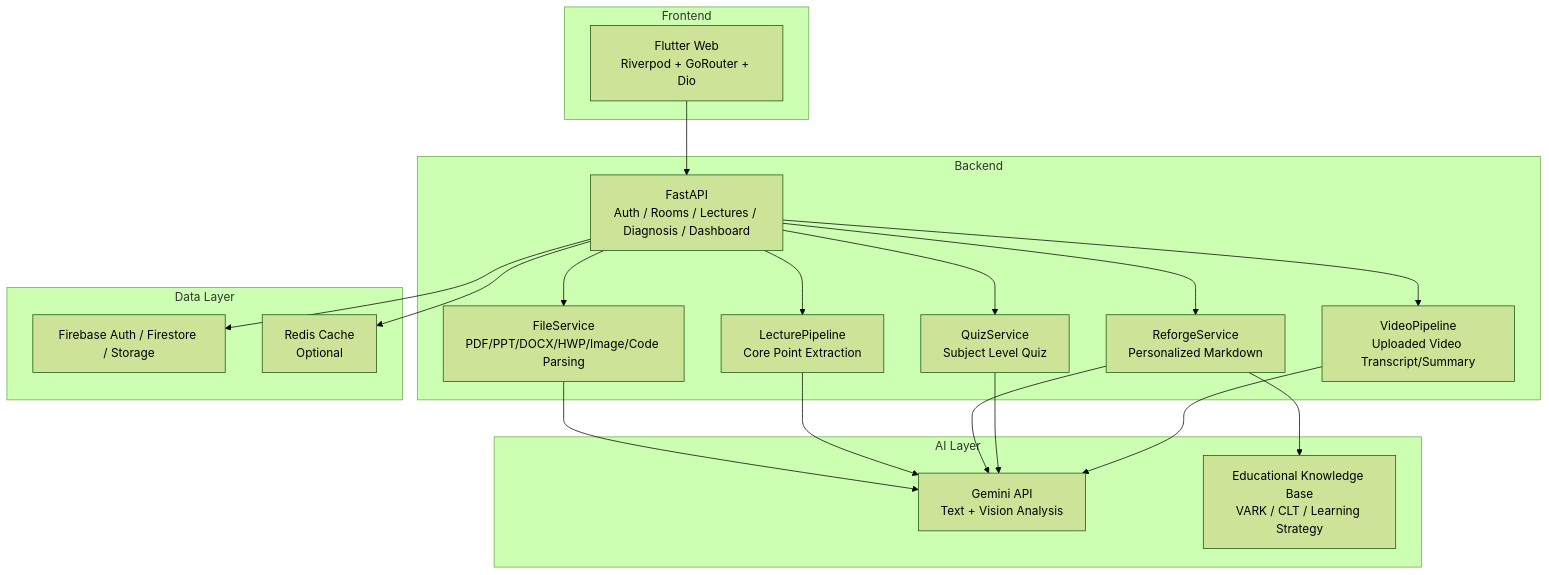
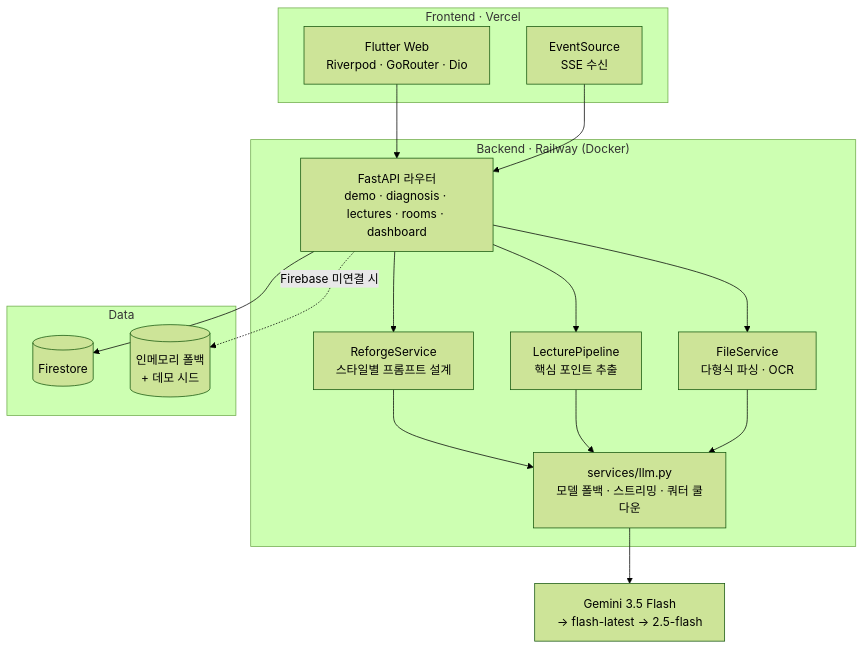
Before and after one commit to lshee9008/FitLearn: the second of 2 diagrams in README.md, drawn with Mermaid (forest theme). The commit also changed other lines of this file and 15 other files, not shown here.

````diff
--- a/README.md
+++ b/README.md
@@ -97,40 +164,26 @@
 ```mermaid
 graph TB
-    subgraph Client["Frontend"]
-        FLUTTER["Flutter Web<br/>Riverpod + GoRouter + Dio"]
+    subgraph Client["Frontend · Vercel"]
+        F["Flutter Web<br/>Riverpod · GoRouter · Dio"]
+        SSE["EventSource<br/>SSE 수신"]
     end
+    subgraph API["Backend · Railway (Docker)"]
+        R["FastAPI 라우터<br/>demo · diagnosis · lectures · rooms · dashboard"]
+        RF["ReforgeService<br/>스타일별 프롬프트 설계"]
+        LP["LecturePipeline<br/>핵심 포인트 추출"]
+        FS["FileService<br/>다형식 파싱 · OCR"]
+        LLM["services/llm.py<br/>모델 폴백 · 스트리밍 · 쿼터 쿨다운"]
+    end
+    subgraph Data["Data"]
+        DB[("Firestore")]
+        MEM[("인메모리 폴백<br/>+ 데모 시드")]
+    end
+    G["Gemini 3.5 Flash<br/>→ flash-latest → 2.5-flash"]
 
-    subgraph Backend["Backend"]
-        API["FastAPI<br/>Auth / Rooms / Lectures / Diagnosis / Dashboard"]
-        FILE["FileService<br/>PDF/PPT/DOCX/HWP/Image/Code Parsing"]
-        LECTURE["LecturePipeline<br/>Core Point Extraction"]
-        REFORGE["ReforgeService<br/>Personalized Markdown"]
-        QUIZ["QuizService<br/>Subject Level Quiz"]
-        VIDEO["VideoPipeline<br/>Uploaded Video Transcript/Summary"]
-    end
-
-    subgraph AI["AI Layer"]
-        GEMINI["Gemini API<br/>Text + Vision Analysis"]
-        RAG["Educational Knowledge Base<br/>VARK / CLT / Learning Strategy"]
-    end
-
-    subgraph Data["Data Layer"]
-        FIREBASE["Firebase Auth / Firestore / Storage"]
-        REDIS["Redis Cache<br/>Optional"]
-    end
-
-    FLUTTER --> API
-    API --> FILE
-    API --> LECTURE
-    API --> REFORGE
-    API --> QUIZ
-    API --> VIDEO
-    FILE --> GEMINI
-    LECTURE --> GEMINI
-    REFORGE --> GEMINI
-    QUIZ --> GEMINI
-    VIDEO --> GEMINI
-    REFORGE --> RAG
-    API --> FIREBASE
-    API --> REDIS
+    F --> R
+    SSE --> R
+    R --> RF & LP & FS
+    RF & LP & FS --> LLM --> G
+    R --> DB
+    R -.Firebase 미연결 시.-> MEM
 ```
````
